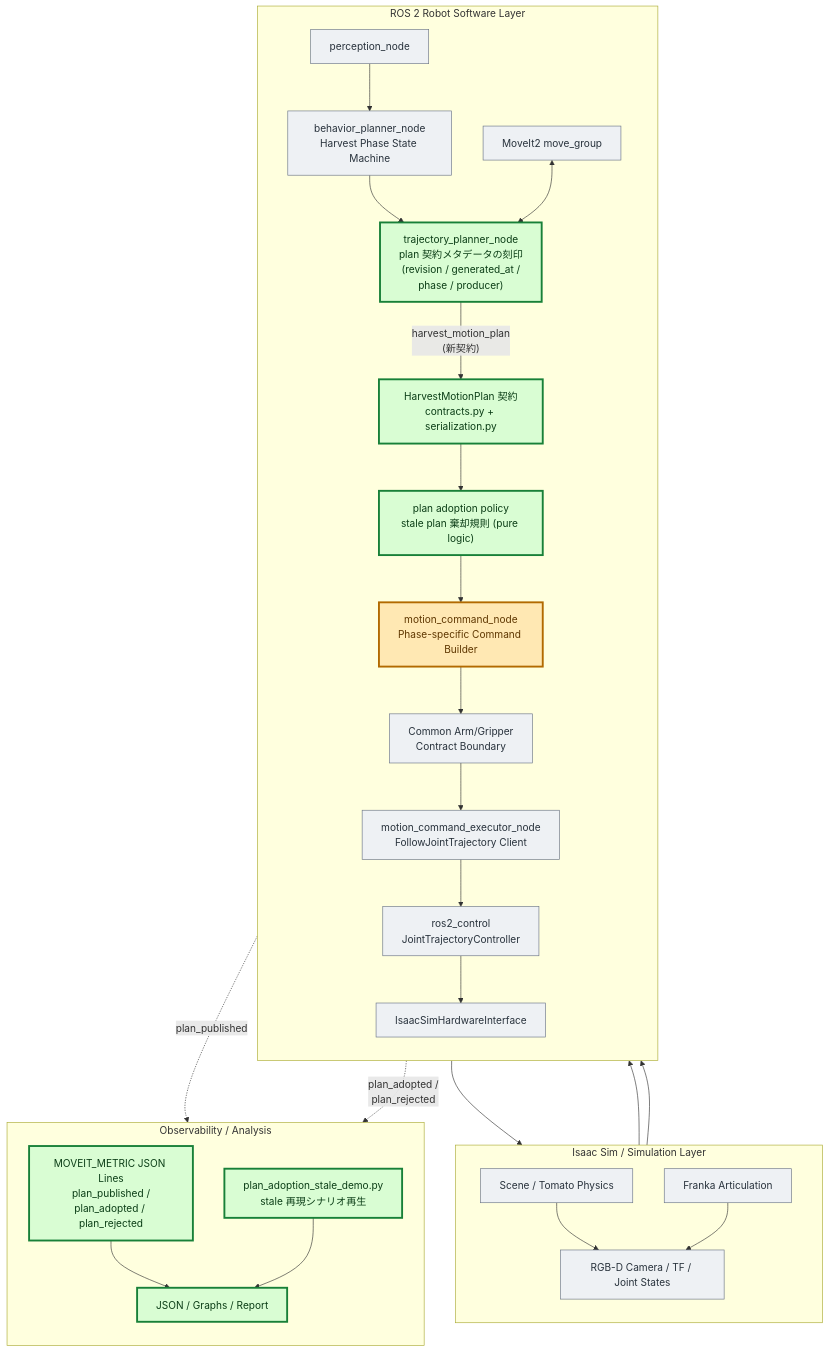
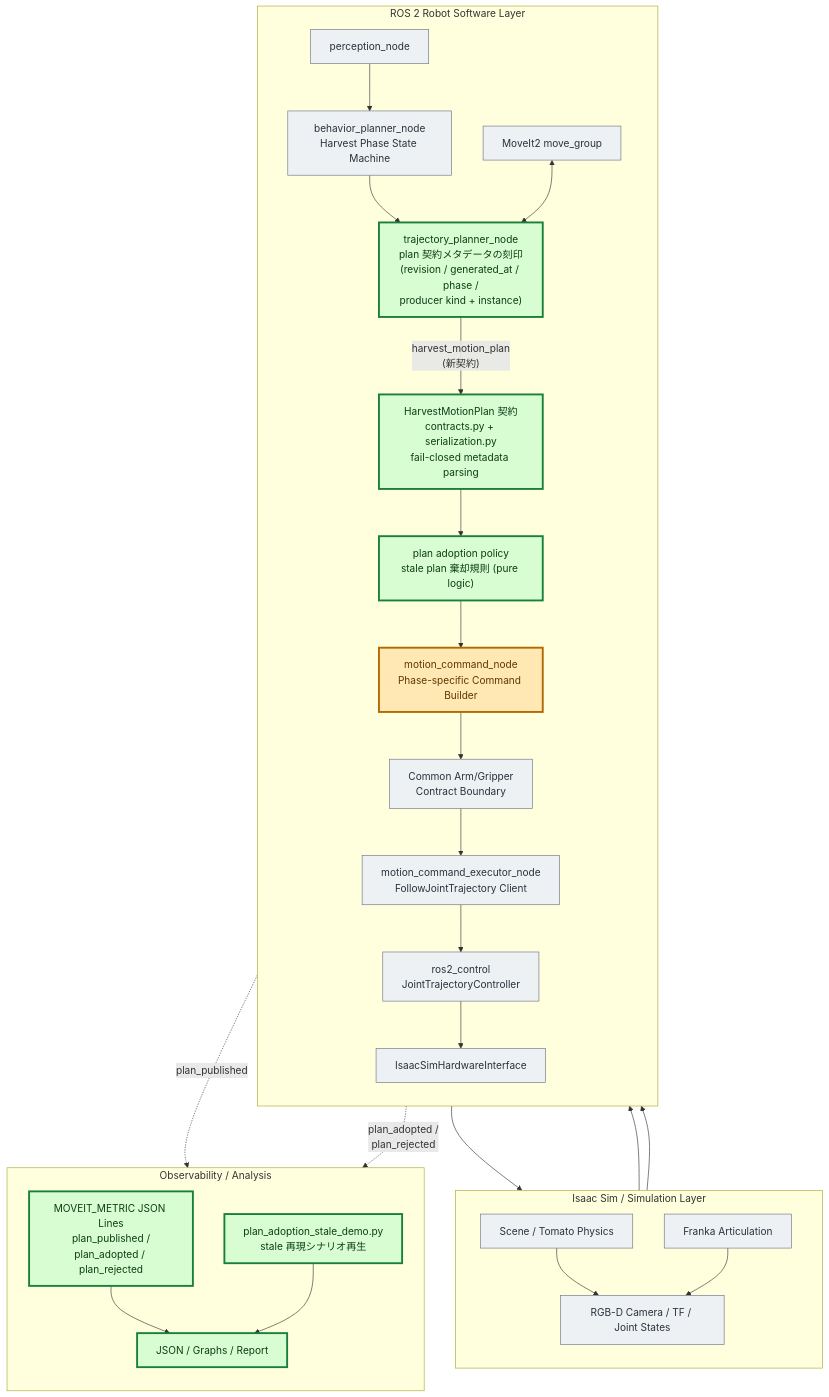
Before and after one commit to akodama428/trial_issac_sim: the first of 2 diagrams in docs/reports/moveit_replanning/step1_plan_contract_report.md, drawn with Mermaid. The commit also changed other lines of this file and 9 other files, not shown here.

````diff
--- a/docs/reports/moveit_replanning/step1_plan_contract_report.md
+++ b/docs/reports/moveit_replanning/step1_plan_contract_report.md
@@ -12,55 +12,55 @@
 ```mermaid
 flowchart TB
   subgraph SIM["Isaac Sim / Simulation Layer"]
     direction TB
     Scene["Scene / Tomato Physics"]
     Sensors["RGB-D Camera / TF / Joint States"]
     Franka["Franka Articulation"]
     Scene --> Sensors
     Franka --> Sensors
   end
 
   subgraph ROBOT["ROS 2 Robot Software Layer"]
     direction TB
     Perception["perception_node"]
     Behavior["behavior_planner_node<br/>Harvest Phase State Machine"]
-    Planner["trajectory_planner_node<br/>plan 契約メタデータの刻印<br/>(revision / generated_at /<br/>phase / producer)"]
+    Planner["trajectory_planner_node<br/>plan 契約メタデータの刻印<br/>(revision / generated_at / phase /<br/>producer kind + instance)"]
     MoveIt["MoveIt2 move_group"]
-    Contract["HarvestMotionPlan 契約<br/>contracts.py + serialization.py"]
+    Contract["HarvestMotionPlan 契約<br/>contracts.py + serialization.py<br/>fail-closed metadata parsing"]
     Adoption["plan adoption policy<br/>stale plan 棄却規則 (pure logic)"]
     Command["motion_command_node<br/>Phase-specific Command Builder"]
     Boundary["Common Arm/Gripper<br/>Contract Boundary"]
     Executor["motion_command_executor_node<br/>FollowJointTrajectory Client"]
     JTC["ros2_control<br/>JointTrajectoryController"]
     Hardware["IsaacSimHardwareInterface"]
 
     Perception --> Behavior --> Planner
     MoveIt <--> Planner
     Planner -- "harvest_motion_plan<br/>(新契約)" --> Contract
     Contract --> Adoption --> Command --> Boundary
     Boundary --> Executor --> JTC --> Hardware
   end
 
   subgraph OBS["Observability / Analysis"]
     direction TB
     Metrics["MOVEIT_METRIC JSON Lines<br/>plan_published /<br/>plan_adopted / plan_rejected"]
     Demo["plan_adoption_stale_demo.py<br/>stale 再現シナリオ再生"]
     Report["JSON / Graphs / Report"]
     Metrics --> Report
     Demo --> Report
   end
 
   Sensors --> Perception
   Sensors --> Planner
   Hardware --> Franka
   Planner -. "plan_published" .-> Metrics
   Adoption -. "plan_adopted /<br/>plan_rejected" .-> Metrics
 
   classDef changed fill:#d9fdd3,stroke:#188038,stroke-width:3px,color:#0b3d16;
   classDef observed fill:#ffe8b3,stroke:#b26a00,stroke-width:3px,color:#5f3700;
   classDef context fill:#eef1f4,stroke:#697386,stroke-width:1px,color:#28323c;
 
   class Planner,Contract,Adoption,Metrics,Demo,Report changed;
   class Command observed;
   class Scene,Sensors,Franka,Perception,Behavior,MoveIt,Boundary,Executor,JTC,Hardware context;
 ```
````
